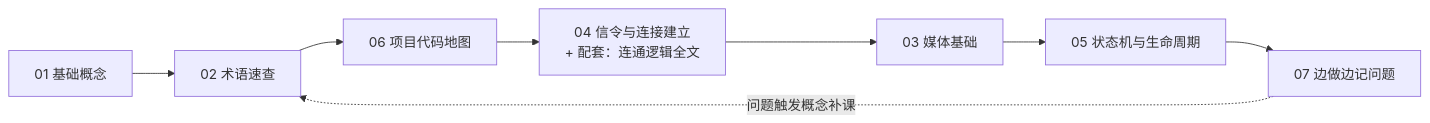
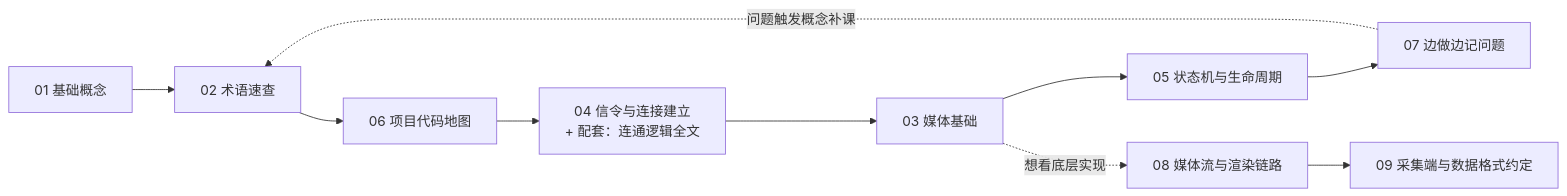
The diagram in docs/index.md (wanghongjie/webrtc-handbook), drawn with Mermaid before and after one commit. The commit also changed other lines of this file and 4 other files, not shown here.

````diff
--- a/docs/index.md
+++ b/docs/index.md
@@ -36,10 +39,12 @@
 ```mermaid
 flowchart LR
     A[01 基础概念] --> B[02 术语速查]
     B --> C[06 项目代码地图]
     C --> D[04 信令与连接建立<br/>+ 配套：连通逻辑全文]
     D --> E[03 媒体基础]
     E --> F[05 状态机与生命周期]
     F --> G[07 边做边记问题]
     G -.问题触发概念补课.-> B
+    E -.想看底层实现.-> H[08 媒体流与渲染链路]
+    H --> I[09 采集端与数据格式约定]
 ```
````
